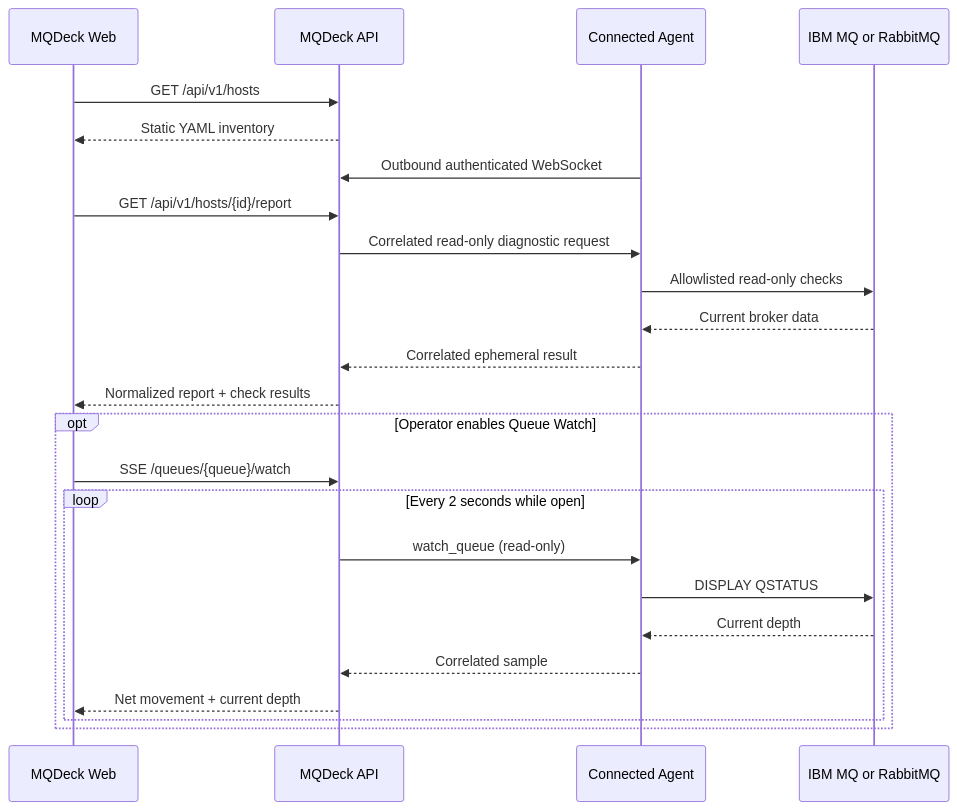
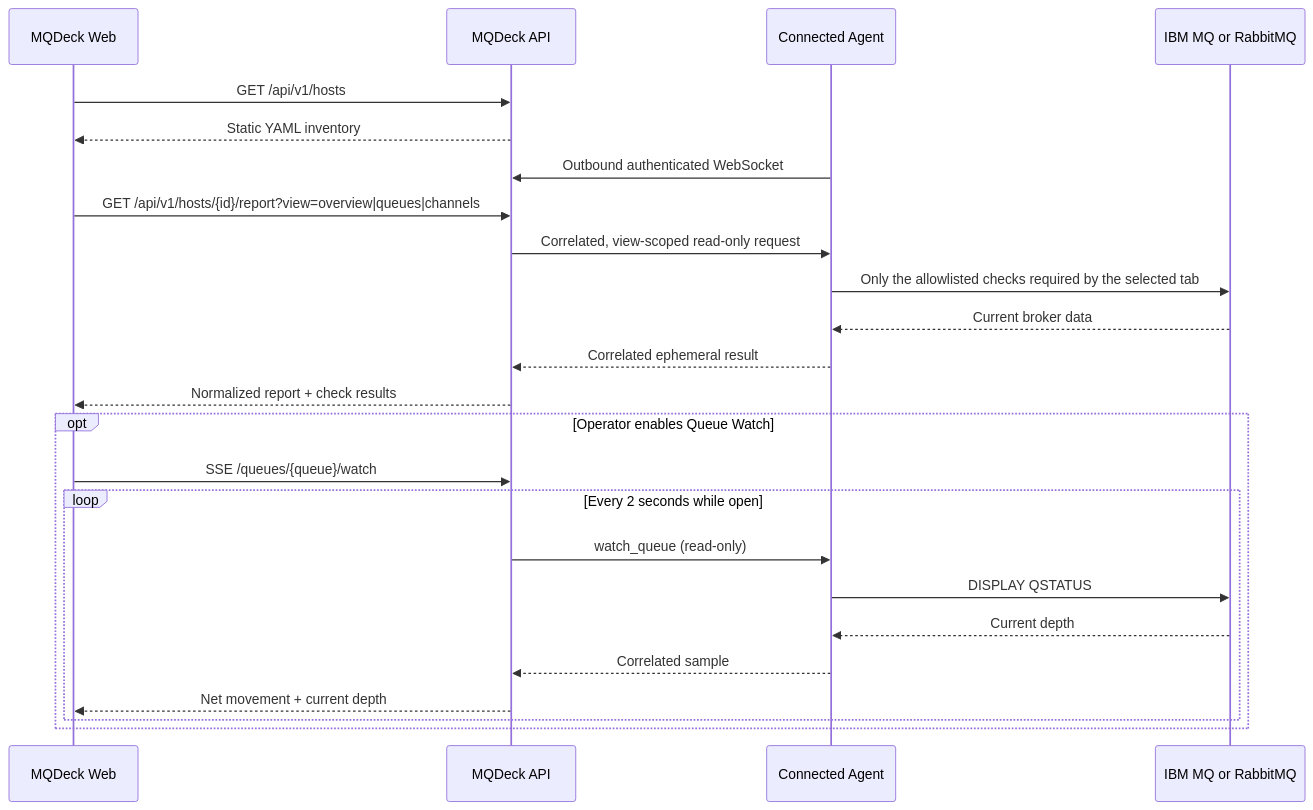
One commit to mqdeck/mqdeck changed the diagram in docs/on-demand-architecture.md. Above: the diagram before and after it, drawn with Mermaid. The commit also changed other lines of this file and 3 other files, not shown here.

````diff
--- a/docs/on-demand-architecture.md
+++ b/docs/on-demand-architecture.md
@@ -15,27 +17,27 @@
 ```mermaid
 sequenceDiagram
     participant UI as MQDeck Web
     participant API as MQDeck API
     participant A as Connected Agent
     participant MQ as IBM MQ or RabbitMQ
 
     UI->>API: GET /api/v1/hosts
     API-->>UI: Static YAML inventory
     A->>API: Outbound authenticated WebSocket
-    UI->>API: GET /api/v1/hosts/{id}/report
-    API->>A: Correlated read-only diagnostic request
-    A->>MQ: Allowlisted read-only checks
+    UI->>API: GET /api/v1/hosts/{id}/report?view=overview|queues|channels
+    API->>A: Correlated, view-scoped read-only request
+    A->>MQ: Only the allowlisted checks required by the selected tab
     MQ-->>A: Current broker data
     A-->>API: Correlated ephemeral result
     API-->>UI: Normalized report + check results
     opt Operator enables Queue Watch
         UI->>API: SSE /queues/{queue}/watch
         loop Every 2 seconds while open
             API->>A: watch_queue (read-only)
             A->>MQ: DISPLAY QSTATUS
             MQ-->>A: Current depth
             A-->>API: Correlated sample
             API-->>UI: Net movement + current depth
         end
     end
 ```
````
